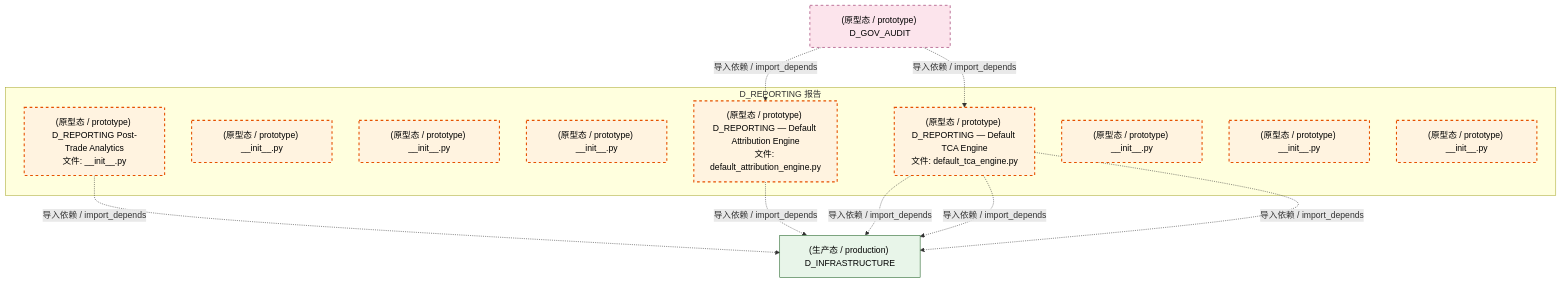
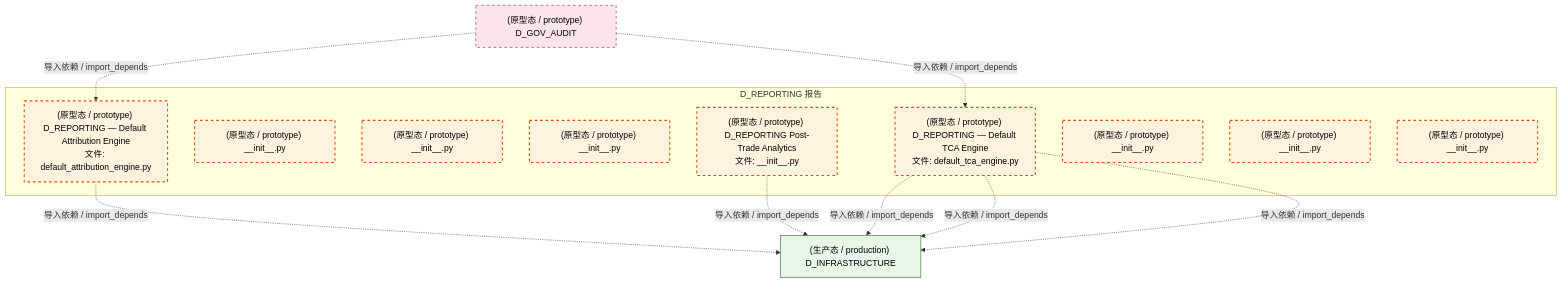
The third of 4 diagrams in docs/02_enterprise_architecture/02_domain_architecture_docs/23_d_reporting.md (xuanFelixVan/ZephyrAlpha), drawn with Mermaid before and after one commit. The commit also changed other lines of this file and 126 other files, not shown here.

````diff
--- a/docs/02_enterprise_architecture/02_domain_architecture_docs/23_d_reporting.md
+++ b/docs/02_enterprise_architecture/02_domain_architecture_docs/23_d_reporting.md
@@ -154,30 +154,30 @@
 ```mermaid
 graph TD
     subgraph D_REPORTING["D_REPORTING 报告"]
         src_zephyr_reporting_init_py["(原型态 / prototype) D_REPORTING Post-Trade Analytics<br/>文件: __init__.py"]
         src_zephyr_reporting_extensions_init_py["(原型态 / prototype) __init__.py"]
         src_zephyr_reporting_api_init_py["(原型态 / prototype) __init__.py"]
         src_zephyr_reporting_core_init_py["(原型态 / prototype) __init__.py"]
         src_zephyr_reporting_default_attribution_engine_py["(原型态 / prototype) D_REPORTING — Default Attribution Engine<br/>文件: default_attribution_engine.py"]
         src_zephyr_reporting_default_tca_engine_py["(原型态 / prototype) D_REPORTING — Default TCA Engine<br/>文件: default_tca_engine.py"]
         src_zephyr_reporting_infrastructure_init_py["(原型态 / prototype) __init__.py"]
         src_zephyr_reporting_models_init_py["(原型态 / prototype) __init__.py"]
         src_zephyr_reporting_services_init_py["(原型态 / prototype) __init__.py"]
     end
     D_INFRASTRUCTURE["(生产态 / production) D_INFRASTRUCTURE"]
+    src_zephyr_reporting_default_attribution_engine_py -.->|导入依赖 / import_depends| D_INFRASTRUCTURE
     src_zephyr_reporting_init_py -.->|导入依赖 / import_depends| D_INFRASTRUCTURE
-    src_zephyr_reporting_default_attribution_engine_py -.->|导入依赖 / import_depends| D_INFRASTRUCTURE
     src_zephyr_reporting_default_tca_engine_py -.->|导入依赖 / import_depends| D_INFRASTRUCTURE
     src_zephyr_reporting_default_tca_engine_py -.->|导入依赖 / import_depends| D_INFRASTRUCTURE
     src_zephyr_reporting_default_tca_engine_py -.->|导入依赖 / import_depends| D_INFRASTRUCTURE
     D_GOV_AUDIT["(原型态 / prototype) D_GOV_AUDIT"]
     D_GOV_AUDIT -.->|导入依赖 / import_depends| src_zephyr_reporting_default_attribution_engine_py
     D_GOV_AUDIT -.->|导入依赖 / import_depends| src_zephyr_reporting_default_tca_engine_py
     classDef production fill:#e1f5fe,stroke:#01579b,stroke-width:2px,color:#000
     classDef design fill:#fff3e0,stroke:#e65100,stroke-width:2px,color:#000,stroke-dasharray: 5 5
     classDef external_prod fill:#e8f5e9,stroke:#1b5e20,stroke-width:1px,color:#000
     classDef external_design fill:#fce4ec,stroke:#880e4f,stroke-width:1px,color:#000,stroke-dasharray: 5 5
     class src_zephyr_reporting_init_py,src_zephyr_reporting_extensions_init_py,src_zephyr_reporting_api_init_py,src_zephyr_reporting_core_init_py,src_zephyr_reporting_default_attribution_engine_py,src_zephyr_reporting_default_tca_engine_py,src_zephyr_reporting_infrastructure_init_py,src_zephyr_reporting_models_init_py,src_zephyr_reporting_services_init_py design
     class D_INFRASTRUCTURE external_prod
     class D_GOV_AUDIT external_design
 ```
````
